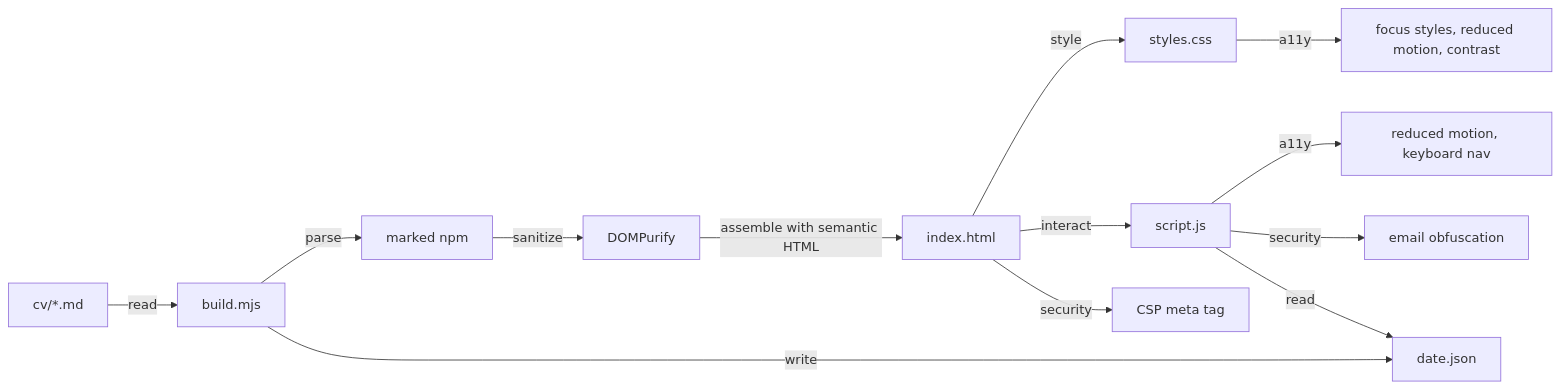
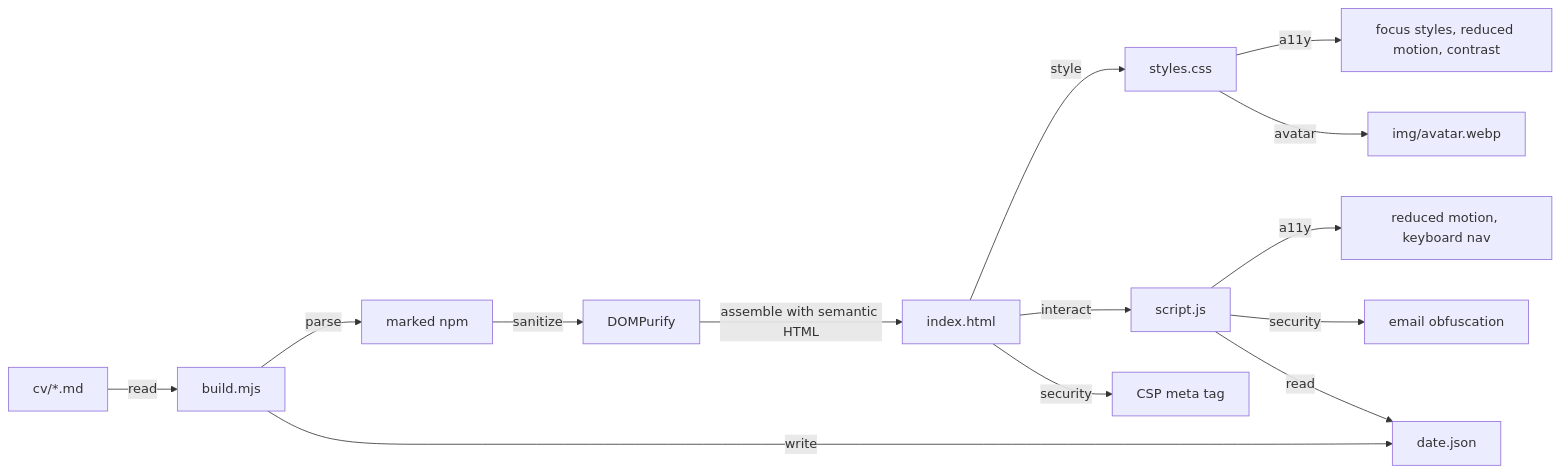
One commit to W01fw00d/portfolio changed the diagram in docs/agents/plans/grill-portfolio-plan.md. Above: the diagram before and after it, drawn with Mermaid. The commit also changed other lines of this file, not shown here.

Commit message:
Avatar grill output

````diff
--- a/docs/agents/plans/grill-portfolio-plan.md
+++ b/docs/agents/plans/grill-portfolio-plan.md
@@ -214,15 +235,16 @@
 ```mermaid
 graph LR
   A[cv/*.md] -->|read| B[build.mjs]
   B -->|parse| C[marked npm]
   C -->|sanitize| D[DOMPurify]
   D -->|assemble with semantic HTML| E[index.html]
   E -->|style| F[styles.css]
   F -->|a11y| G[focus styles, reduced motion, contrast]
-  E -->|interact| H[script.js]
-  H -->|a11y| I[reduced motion, keyboard nav]
-  H -->|security| J[email obfuscation]
-  H -->|read| K[date.json]
-  B -->|write| K
-  E -->|security| L[CSP meta tag]
+  F -->|avatar| H[img/avatar.webp]
+  E -->|interact| I[script.js]
+  I -->|a11y| J[reduced motion, keyboard nav]
+  I -->|security| K[email obfuscation]
+  I -->|read| L[date.json]
+  B -->|write| L
+  E -->|security| M[CSP meta tag]
 ```
````
